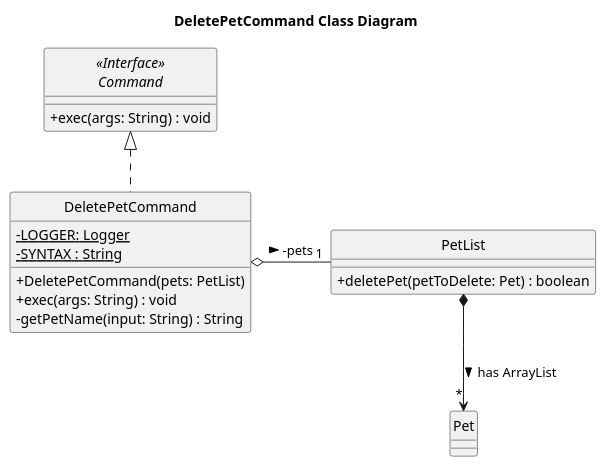
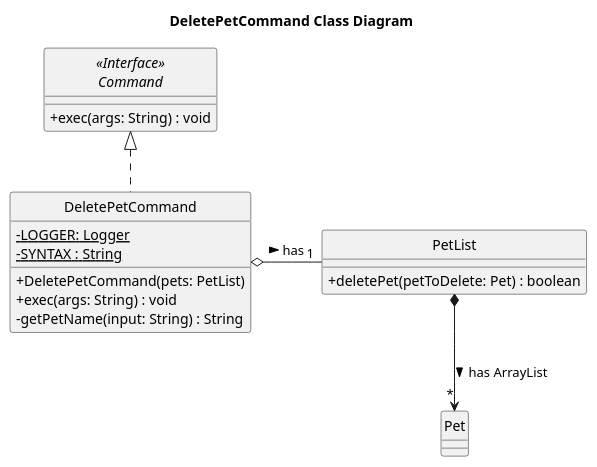
One commit to Kevin88866/tp changed the diagram in docs/uml/DeletePetCommandClassDiagram.puml. Above: the diagram before and after it, drawn with PlantUML.

```diff
--- a/docs/uml/DeletePetCommandClassDiagram.puml
+++ b/docs/uml/DeletePetCommandClassDiagram.puml
@@ -1,37 +1,37 @@
 @startuml
 skinparam classAttributeIconSize 0
 hide circle
 
 title DeletePetCommand Class Diagram
 
 interface "<<Interface>>\nCommand" as Command {
     + exec(args: String) : void
 }
 
 class DeletePetCommand {
     - {static} LOGGER: Logger
     - {static} SYNTAX : String
     + DeletePetCommand(pets: PetList)
     + exec(args: String) : void
     - getPetName(input: String) : String
 }
 
 class PetList {
     + deletePet(petToDelete: Pet) : boolean
 }
 
 class Pet {
 
 }
 
 Command <|.. DeletePetCommand
 
-DeletePetCommand o-- "1" PetList : -pets >
+DeletePetCommand o-- "1" PetList : has >
 
 PetList *--> "*" Pet : has ArrayList >
 
 
 DeletePetCommand -right[hidden]- PetList
 
 
 @enduml
```
